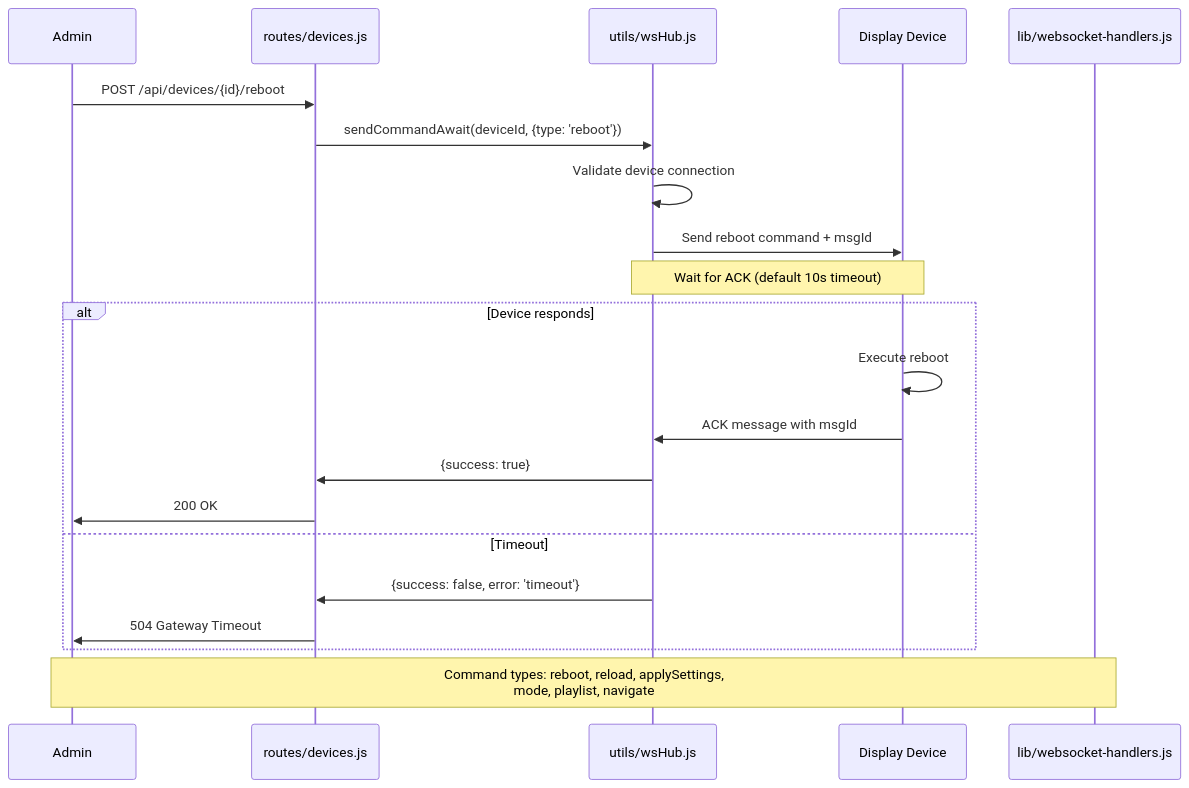
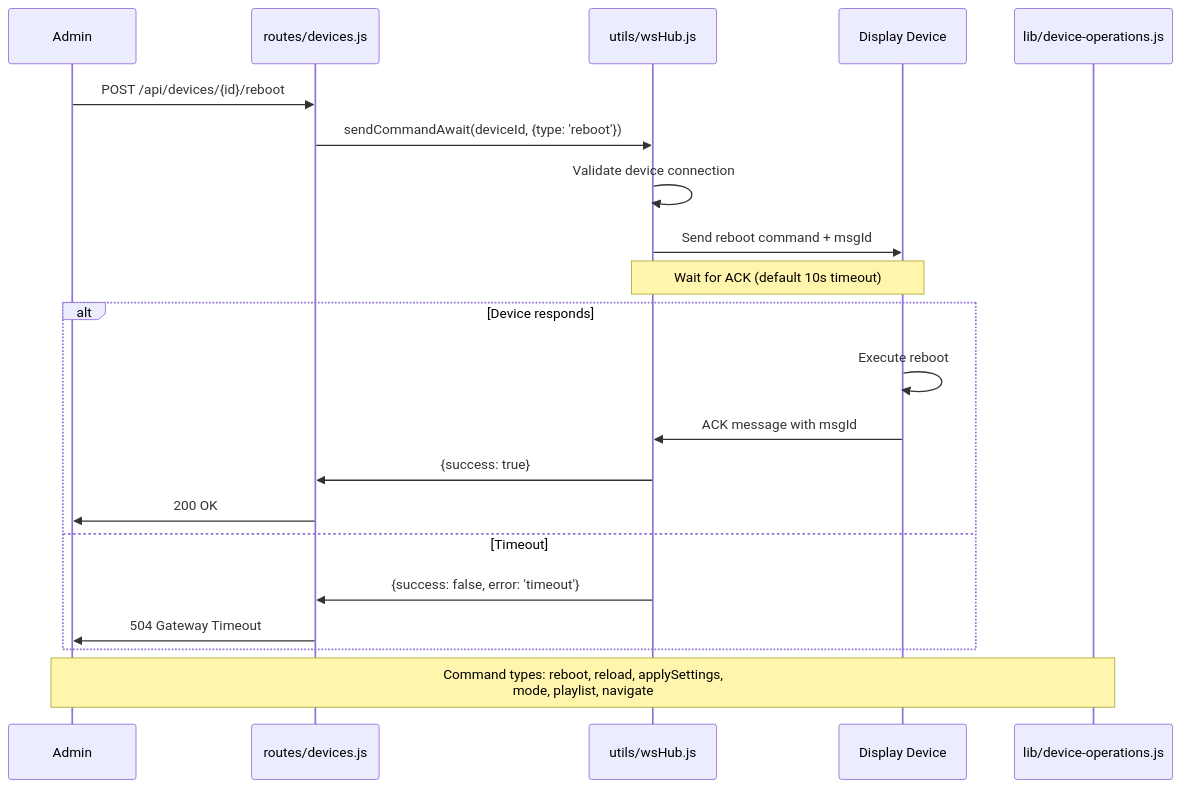
The fourth of 11 diagrams in docs/ARCHITECTURE-DIAGRAMS.md (Posterrama/posterrama), drawn with Mermaid before and after one commit. The commit also changed other lines of this file and 14 other files, not shown here.

````diff
--- a/docs/ARCHITECTURE-DIAGRAMS.md
+++ b/docs/ARCHITECTURE-DIAGRAMS.md
@@ -251,28 +249,28 @@
 ```mermaid
 sequenceDiagram
  participant Admin
  participant Server as routes/devices.js
  participant WSHub as utils/wsHub.js
  participant Device as Display Device
- participant Handler as lib/websocket-handlers.js
+ participant DeviceOps as lib/device-operations.js
 
  Admin->>Server: POST /api/devices/{id}/reboot
  Server->>WSHub: sendCommandAwait(deviceId, {type: 'reboot'})
 
  WSHub->>WSHub: Validate device connection
  WSHub->>Device: Send reboot command + msgId
 
  Note over WSHub,Device: Wait for ACK (default 10s timeout)
 
  alt Device responds
  Device->>Device: Execute reboot
  Device->>WSHub: ACK message with msgId
  WSHub->>Server: {success: true}
  Server->>Admin: 200 OK
  else Timeout
  WSHub->>Server: {success: false, error: 'timeout'}
  Server->>Admin: 504 Gateway Timeout
  end
 
- Note over Admin,Handler: Command types: reboot, reload, applySettings,<br/>mode, playlist, navigate
+ Note over Admin,DeviceOps: Command types: reboot, reload, applySettings,<br/>mode, playlist, navigate
 ```
````
